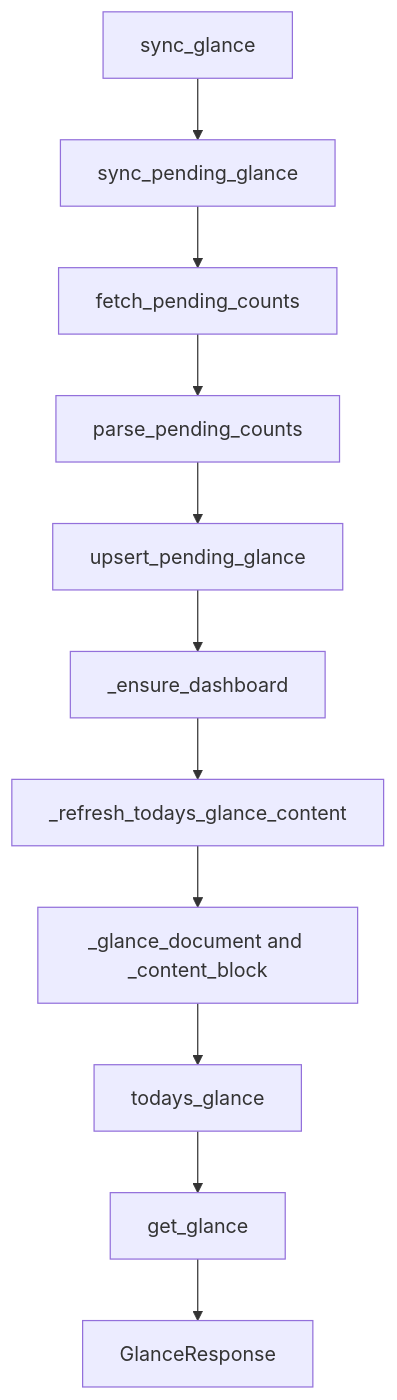
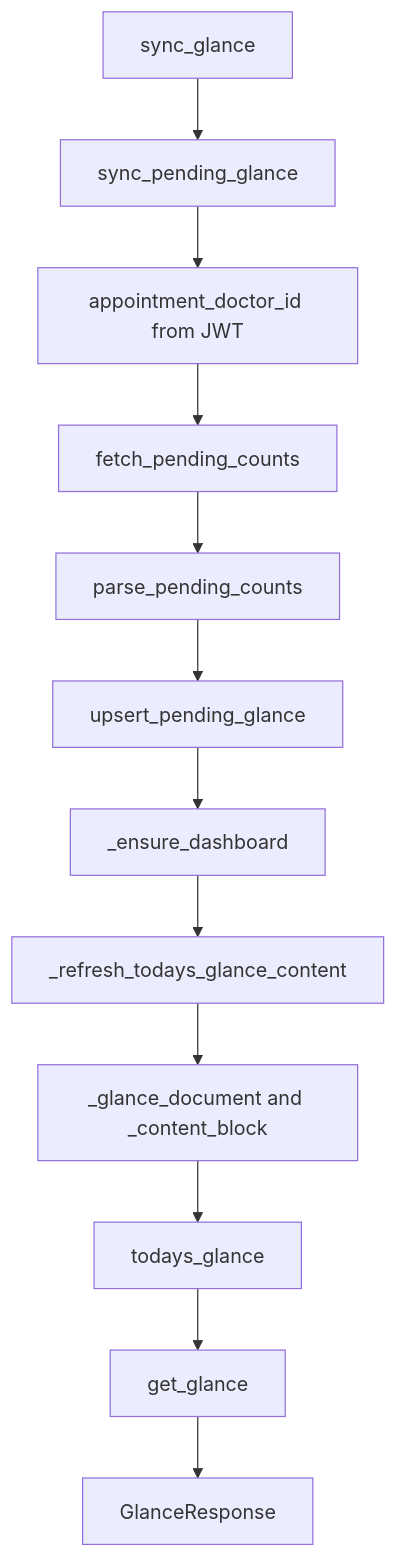
One commit to Aadya-health-sciences-pvt-ltd/caepyplus_backend changed the second of 3 diagrams in docs/linq360_end_to_end.md. Above: the diagram before and after it, drawn with Mermaid. The commit also changed other lines of this file and 24 other files, not shown here.

````diff
--- a/docs/linq360_end_to_end.md
+++ b/docs/linq360_end_to_end.md
@@ -264,16 +265,17 @@
 ```mermaid
 flowchart TD
   post["sync_glance"]
   svc["sync_pending_glance"]
+  decode["appointment_doctor_id from JWT"]
   fetch["fetch_pending_counts"]
   parse["parse_pending_counts"]
   upsert["upsert_pending_glance"]
   ensure["_ensure_dashboard"]
   refresh["_refresh_todays_glance_content"]
   doc["_glance_document and _content_block"]
   table["todays_glance"]
   read["get_glance"]
   resp["GlanceResponse"]
 
-  post --> svc --> fetch --> parse --> upsert --> ensure --> refresh --> doc --> table --> read --> resp
+  post --> svc --> decode --> fetch --> parse --> upsert --> ensure --> refresh --> doc --> table --> read --> resp
 ```
````
